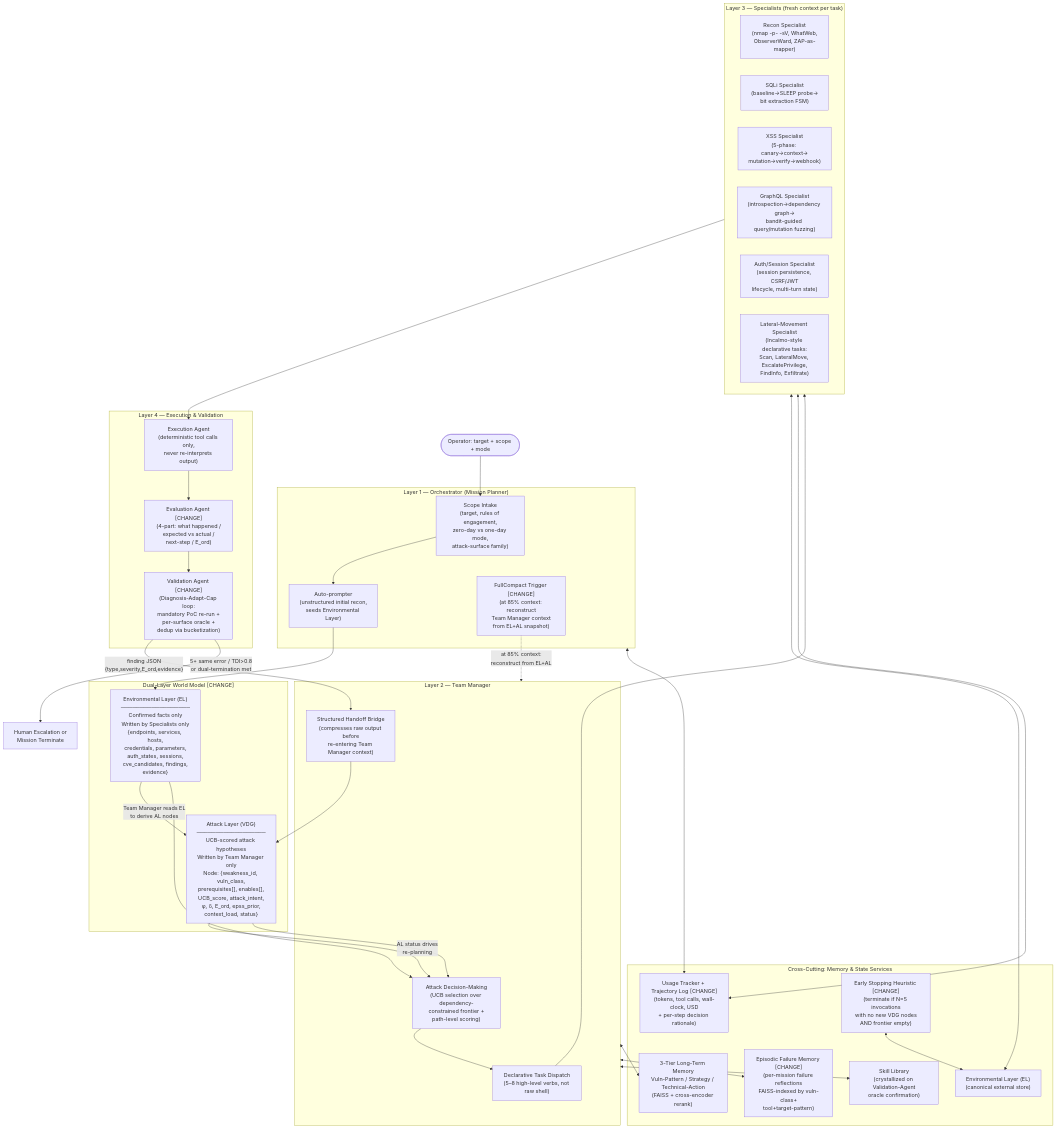
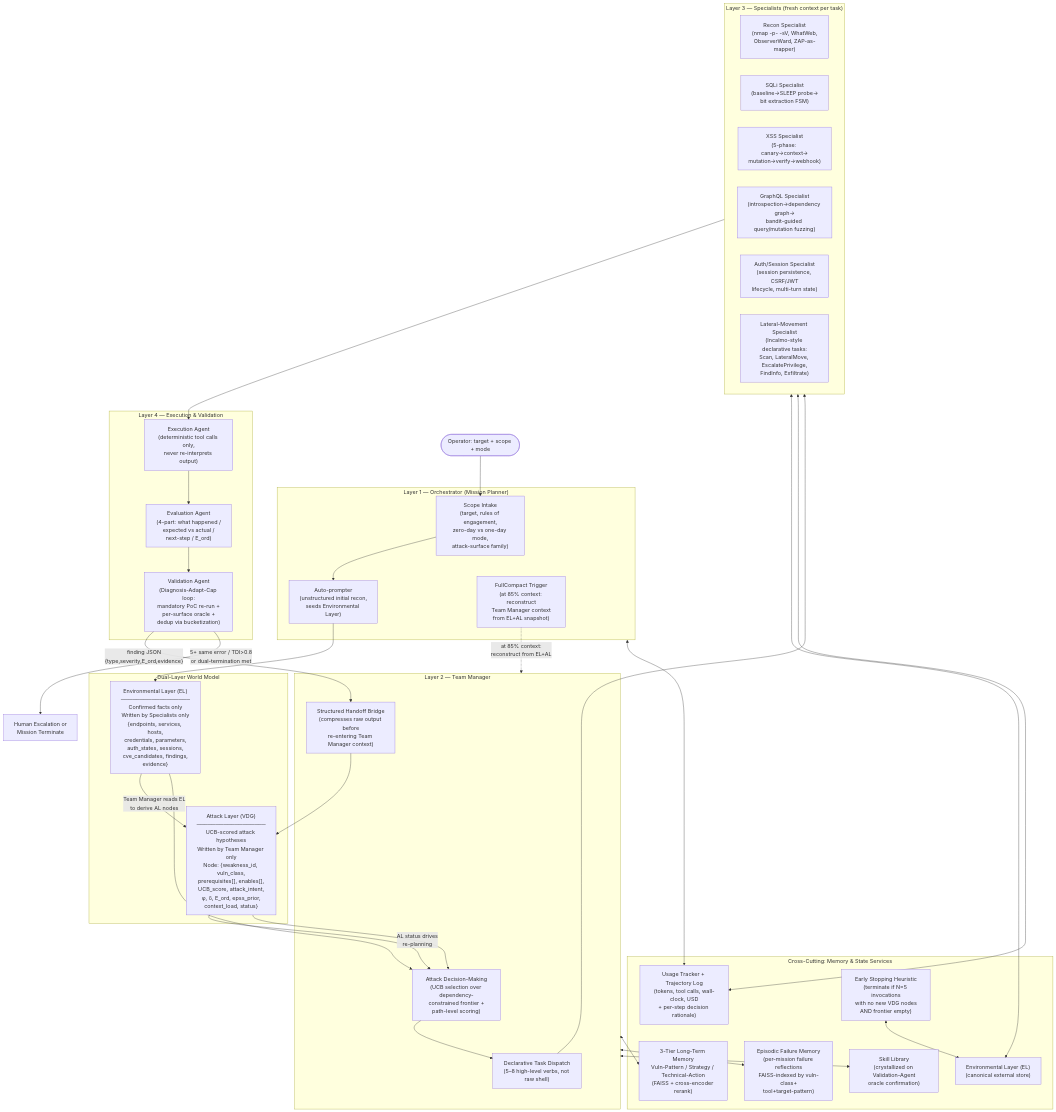
The diagram in docs/paper-research/cmatrix-architecture/architecture-v7-adjudicated-final.md (nishan-paul-hello/cmatrix-agentic-red-team), drawn with Mermaid before and after one commit. The commit also changed other lines of this file, not shown here.

Commit message:
docs: remove traceability tags and finalize architecture design documentation.

````diff
--- a/docs/paper-research/cmatrix-architecture/architecture-v7-adjudicated-final.md
+++ b/docs/paper-research/cmatrix-architecture/architecture-v7-adjudicated-final.md
@@ -162,64 +162,64 @@
 ```mermaid
 flowchart TD
     Operator(["Operator: target + scope + mode"])
 
     subgraph L1["Layer 1 — Orchestrator (Mission Planner)"]
         Intake["Scope Intake\n(target, rules of engagement,\nzero-day vs one-day mode,\nattack-surface family)"]
         Recon0["Auto-prompter\n(unstructured initial recon,\nseeds Environmental Layer)"]
-        FC["FullCompact Trigger [CHANGE]\n(at 85% context: reconstruct\nTeam Manager context\nfrom EL+AL snapshot)"]
+        FC["FullCompact Trigger\n(at 85% context: reconstruct\nTeam Manager context\nfrom EL+AL snapshot)"]
     end
 
     subgraph L2["Layer 2 — Team Manager"]
         ADM["Attack Decision-Making\n(UCB selection over dependency-\nconstrained frontier +\npath-level scoring)"]
         Dispatch["Declarative Task Dispatch\n(5–8 high-level verbs, not raw shell)"]
         Handoff["Structured Handoff Bridge\n(compresses raw output before\nre-entering Team Manager context)"]
     end
 
-    subgraph WorldModel["Dual-Layer World Model [CHANGE]"]
+    subgraph WorldModel["Dual-Layer World Model"]
         EL["Environmental Layer (EL)\n──────────────────\nConfirmed facts only\nWritten by Specialists only\n{endpoints, services, hosts,\ncredentials, parameters,\nauth_states, sessions,\ncve_candidates, findings,\nevidence}"]
         AL["Attack Layer (VDG)\n──────────────────\nUCB-scored attack hypotheses\nWritten by Team Manager only\nNode: {weakness_id, vuln_class,\nprerequisites[], enables[],\nUCB_score, attack_intent,\nφ, δ, E_ord, epss_prior,\ncontext_load, status}"]
         EL -->|"Team Manager reads EL\nto derive AL nodes"| AL
         AL -->|"AL status drives\nre-planning"| ADM
     end
 
     subgraph L3["Layer 3 — Specialists (fresh context per task)"]
         Recon["Recon Specialist\n(nmap -p- -sV, WhatWeb,\nObserverWard, ZAP-as-mapper)"]
         SQLi["SQLi Specialist\n(baseline→SLEEP probe→\nbit extraction FSM)"]
         XSS["XSS Specialist\n(5-phase: canary→context→\nmutation→verify→webhook)"]
         GraphQL["GraphQL Specialist\n(introspection→dependency graph→\nbandit-guided query/mutation fuzzing)"]
         AuthSess["Auth/Session Specialist\n(session persistence, CSRF/JWT\nlifecycle, multi-turn state)"]
         Lateral["Lateral-Movement Specialist\n(Incalmo-style declarative tasks:\nScan, LateralMove, EscalatePrivilege,\nFindInfo, Exfiltrate)"]
     end
 
     subgraph L4["Layer 4 — Execution & Validation"]
         Exec["Execution Agent\n(deterministic tool calls only,\nnever re-interprets output)"]
-        Eval["Evaluation Agent [CHANGE]\n(4-part: what happened /\nexpected vs actual /\nnext-step / E_ord)"]
-        Val["Validation Agent [CHANGE]\n(Diagnosis-Adapt-Cap loop:\nmandatory PoC re-run +\nper-surface oracle +\ndedup via bucketization)"]
+        Eval["Evaluation Agent\n(4-part: what happened /\nexpected vs actual /\nnext-step / E_ord)"]
+        Val["Validation Agent\n(Diagnosis-Adapt-Cap loop:\nmandatory PoC re-run +\nper-surface oracle +\ndedup via bucketization)"]
     end
 
     subgraph Mem["Cross-Cutting: Memory & State Services"]
         EL2["Environmental Layer (EL)\n(canonical external store)"]
         M3["3-Tier Long-Term Memory\nVuln-Pattern / Strategy / Technical-Action\n(FAISS + cross-encoder rerank)"]
-        M4["Episodic Failure Memory [CHANGE]\n(per-mission failure reflections\nFAISS-indexed by vuln-class+\ntool+target-pattern)"]
+        M4["Episodic Failure Memory\n(per-mission failure reflections\nFAISS-indexed by vuln-class+\ntool+target-pattern)"]
         SkillLib["Skill Library\n(crystallized on Validation-Agent\noracle confirmation)"]
-        Cost["Usage Tracker + Trajectory Log [CHANGE]\n(tokens, tool calls, wall-clock, USD\n+ per-step decision rationale)"]
-        EarlyStop["Early Stopping Heuristic [CHANGE]\n(terminate if N=5 invocations\nwith no new VDG nodes\nAND frontier empty)"]
+        Cost["Usage Tracker + Trajectory Log\n(tokens, tool calls, wall-clock, USD\n+ per-step decision rationale)"]
+        EarlyStop["Early Stopping Heuristic\n(terminate if N=5 invocations\nwith no new VDG nodes\nAND frontier empty)"]
     end
 
     Operator --> Intake --> Recon0 --> EL
     EL --> ADM
     ADM --> Dispatch --> L3
     L3 --> Exec --> Eval --> Val
     Val -->|"finding JSON\n{type,severity,E_ord,evidence}"| Handoff
     Handoff --> AL
     AL --> ADM
     Val -->|"5+ same error / TDI>0.8\nor dual-termination met"| Escalate["Human Escalation or\nMission Terminate"]
     L3 <--> EL2
     L2 <--> M3
     L2 <--> M4
     L2 <--> SkillLib
     L1 <--> Cost
     L3 <--> Cost
     EarlyStop <--> EL2
     FC -.->|"at 85% context:\nreconstruct from EL+AL"| L2
 ```
````
